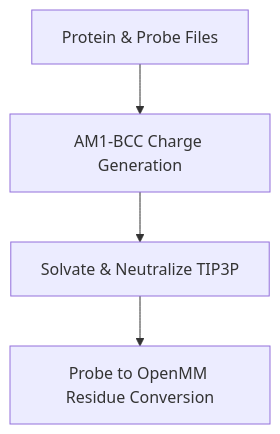
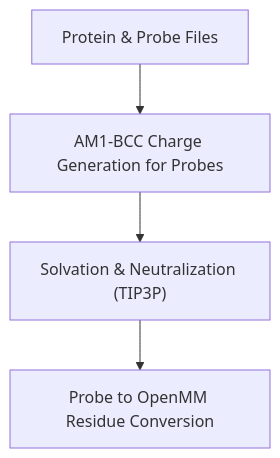
One commit to marcuswangweihow/FBDD changed the first of 4 diagrams in Frag_to_lead_4MZI/README.md. Above: the diagram before and after it, drawn with Mermaid. The commit also changed other lines of this file, not shown here.

````diff
--- a/Frag_to_lead_4MZI/README.md
+++ b/Frag_to_lead_4MZI/README.md
@@ -116,6 +150,6 @@
 ```mermaid
 flowchart TD
-    A[Protein & Probe Files] --> B[AM1-BCC Charge Generation] 
-    B --> C[Solvate & Neutralize TIP3P]
-    C --> D[Probe to OpenMM Residue Conversion]
+    A["Protein & Probe Files"] --> B["AM1-BCC Charge Generation for Probes"] 
+    B --> C["Solvation & Neutralization (TIP3P)"]
+    C --> D["Probe to OpenMM Residue Conversion"]
 ```
````
